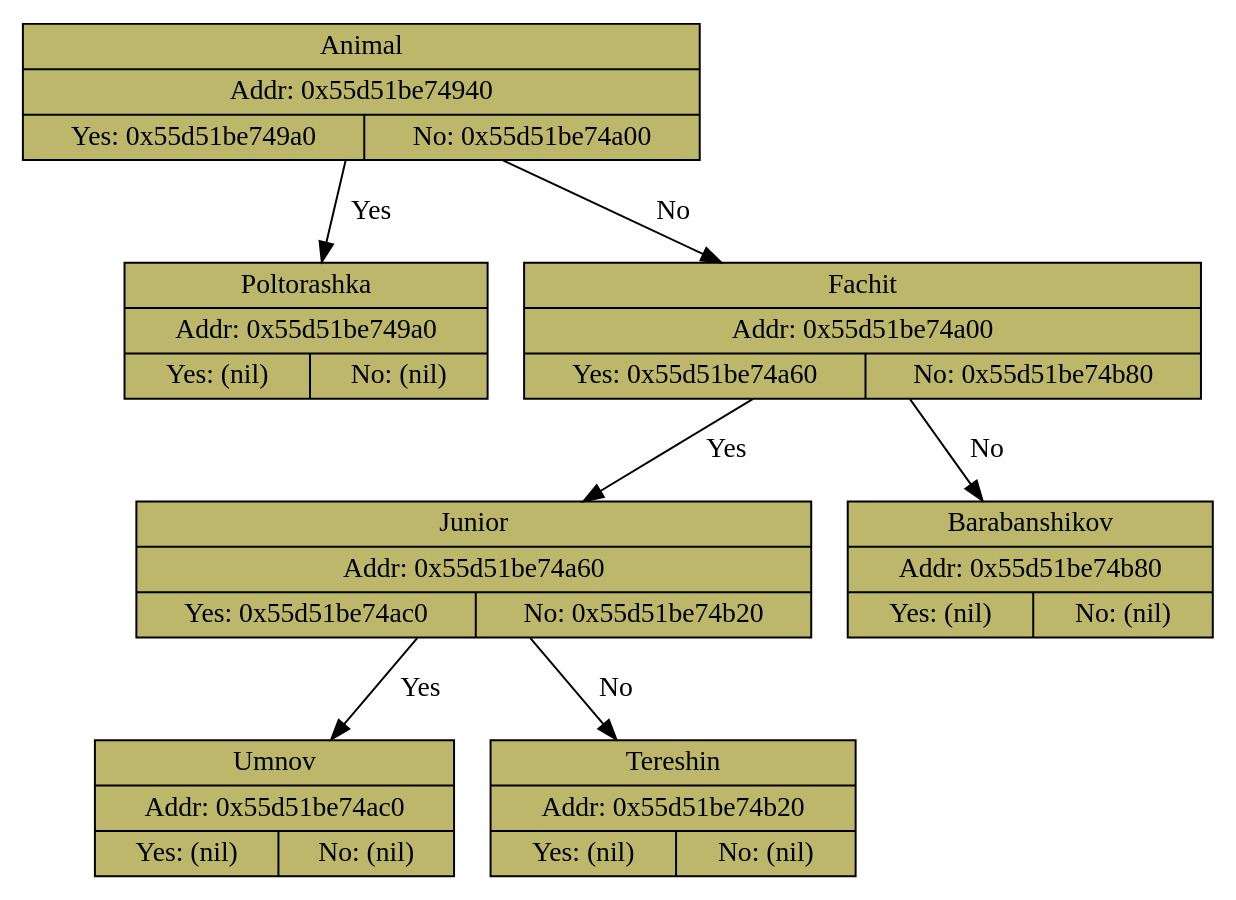
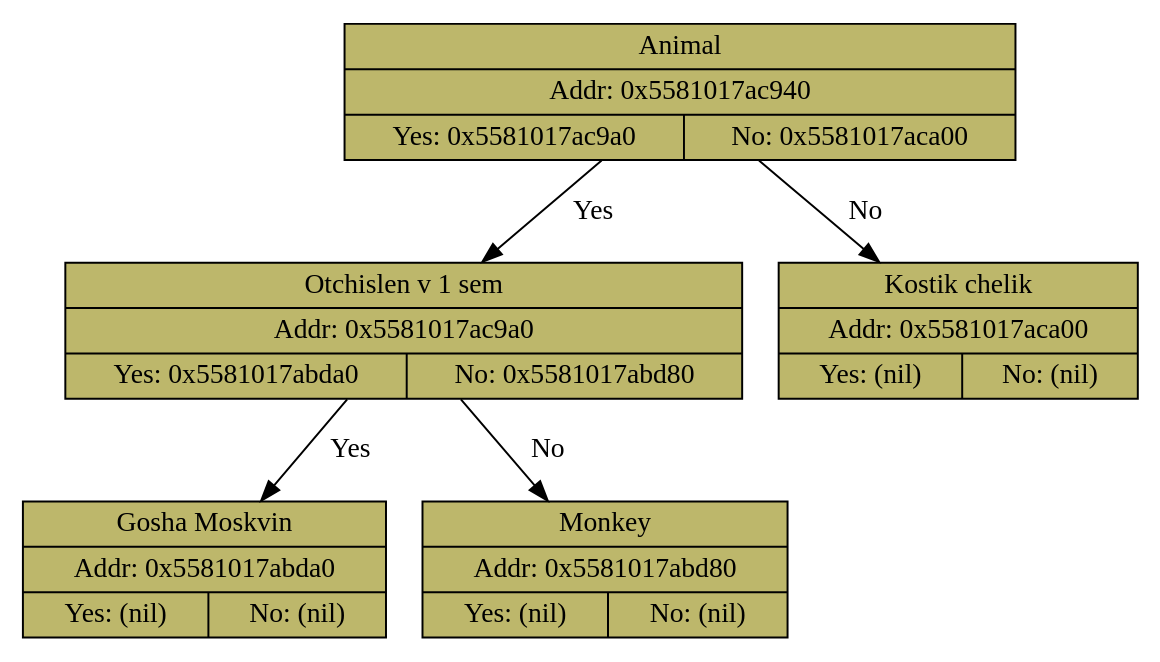
One commit to greggregbean/akinator changed the diagram in gpraph.dot. Above: the diagram before and after it, drawn with Graphviz. The commit also changed 4 other files, not shown here.

```diff
--- a/gpraph.dot
+++ b/gpraph.dot
@@ -1,16 +1,12 @@
 digraph 
 {
- Animal [shape=record, fillcolor = darkkhaki, style = filled, label = " { Animal | Addr: 0x55d51be74940 | {Yes: 0x55d51be749a0 | No: 0x55d51be74a00 }}" ] 
- Animal -> Poltorashka [label = " Yes "]; 
- Poltorashka [shape=record, fillcolor = darkkhaki, style = filled, label = " { Poltorashka | Addr: 0x55d51be749a0 | {Yes: (nil) | No: (nil) }}" ] 
- Animal -> Fachit [label = " No "]; 
- Fachit [shape=record, fillcolor = darkkhaki, style = filled, label = " { Fachit | Addr: 0x55d51be74a00 | {Yes: 0x55d51be74a60 | No: 0x55d51be74b80 }}" ] 
- Fachit -> Junior [label = " Yes "]; 
- Junior [shape=record, fillcolor = darkkhaki, style = filled, label = " { Junior | Addr: 0x55d51be74a60 | {Yes: 0x55d51be74ac0 | No: 0x55d51be74b20 }}" ] 
- Junior -> Umnov [label = " Yes "]; 
- Umnov [shape=record, fillcolor = darkkhaki, style = filled, label = " { Umnov | Addr: 0x55d51be74ac0 | {Yes: (nil) | No: (nil) }}" ] 
- Junior -> Tereshin [label = " No "]; 
- Tereshin [shape=record, fillcolor = darkkhaki, style = filled, label = " { Tereshin | Addr: 0x55d51be74b20 | {Yes: (nil) | No: (nil) }}" ] 
- Fachit -> Barabanshikov [label = " No "]; 
- Barabanshikov [shape=record, fillcolor = darkkhaki, style = filled, label = " { Barabanshikov | Addr: 0x55d51be74b80 | {Yes: (nil) | No: (nil) }}" ] 
+ 24824128 [shape=record, fillcolor = darkkhaki, style = filled, label = " { Animal  | Addr: 0x5581017ac940 | {Yes: 0x5581017ac9a0 | No: 0x5581017aca00 }}" ] 
+ 24824128 -> 24824224 [label = " Yes "]; 
+ 24824224 [shape=record, fillcolor = darkkhaki, style = filled, label = " { Otchislen v 1 sem | Addr: 0x5581017ac9a0 | {Yes: 0x5581017abda0 | No: 0x5581017abd80 }}" ] 
+ 24824224 -> 24821152 [label = " Yes "]; 
+ 24821152 [shape=record, fillcolor = darkkhaki, style = filled, label = " { Gosha Moskvin | Addr: 0x5581017abda0 | {Yes: (nil) | No: (nil) }}" ] 
+ 24824224 -> 24821120 [label = " No "]; 
+ 24821120 [shape=record, fillcolor = darkkhaki, style = filled, label = " { Monkey  | Addr: 0x5581017abd80 | {Yes: (nil) | No: (nil) }}" ] 
+ 24824128 -> 24824320 [label = " No "]; 
+ 24824320 [shape=record, fillcolor = darkkhaki, style = filled, label = " { Kostik chelik  | Addr: 0x5581017aca00 | {Yes: (nil) | No: (nil) }}" ] 
 }
```
